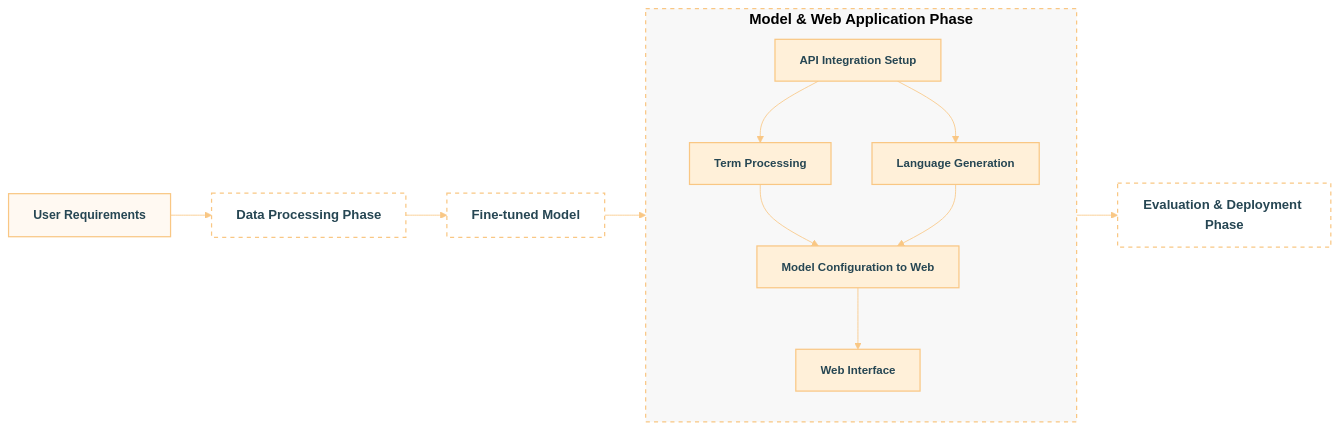
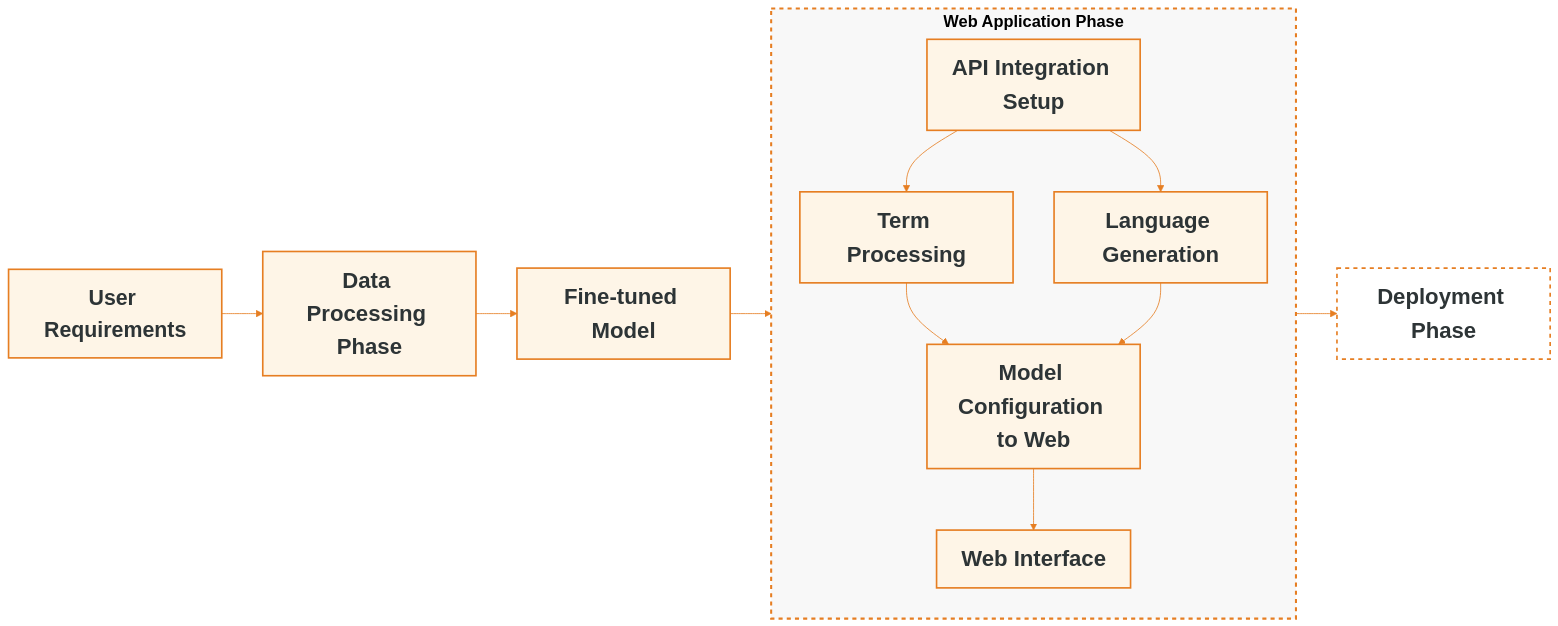
One commit to YottaCheng/MixMaster-Finetune changed the diagram in cache/flowchat/ chapter3/phase3.mmd. Above: the diagram before and after it, drawn with Mermaid. The commit also changed 1 other file, not shown here.

```diff
--- a/cache/flowchat/ chapter3/phase3.mmd
+++ b/cache/flowchat/ chapter3/phase3.mmd
@@ -1,61 +1,50 @@
 %%{init: {
-  'theme': 'base',
-  'themeVariables': {
-    'primaryColor': '#ffffff',
-    'primaryTextColor': '#264653',
-    'primaryBorderColor': '#f9c784',
-    'lineColor': '#f9c784',
-    'clusterBkg': '#f8f8f8',
-    'clusterBorder': 'transparent',
-    'fontFamily': 'Arial, Helvetica, sans-serif',
-    'flowchart': {
-      'nodeSpacing': 30,
-      'rankSpacing': 40
-    }
-  }
+ 'theme': 'base',
+ 'themeVariables': {
+ 'primaryColor': '#ffffff',
+ 'primaryTextColor': '#2d3436',
+ 'primaryBorderColor': '#e67e22',
+ 'lineColor': '#e67e22',
+ 'clusterBkg': '#f8f8f8',
+ 'clusterBorder': '#e67e22',
+ 'fontFamily': 'Arial, Helvetica, sans-serif',
+ 'flowchart': {
+ 'nodeSpacing': 40,
+ 'rankSpacing': 50
+ }
+ }
 }}%%
 flowchart LR
-    UserReq["User Requirements"] --> DataPhase["Data Processing Phase"]
-    
-    DataPhase --> ModelPhase["Fine-tuned Model"]
-    
-    ModelPhase --> WebPhase
-    
-    subgraph WebPhase["Model & Web Application Phase"]
-        direction TB
-        ApiSetup["API Integration Setup"]
-        TermProc["Term Processing"] & LangGen["Language Generation"]
-        ModelConfig["Model Configuration to Web"]
-        WebInterface["Web Interface"]
-        
-        ApiSetup --> TermProc
-        ApiSetup --> LangGen
-        TermProc --> ModelConfig
-        LangGen --> ModelConfig
-        ModelConfig --> WebInterface
-    end
-    
-    WebPhase --> DeployPhase["Evaluation & Deployment Phase"]
-    
-    %% 全局居中样式
-    classDef default fill:#ffffff,stroke:#f9c784,stroke-width:1.5px,font-size:14px,text-align:center,font-weight:bold
-    
-    %% 阶段容器样式
-    classDef dashed stroke:#f9c784,stroke-dasharray: 5 5,stroke-width:1.5px,fill:#f8f8f8,text-align:center,font-size:18px,font-weight:bold
-    classDef otherDashed stroke:#f9c784,stroke-dasharray: 5 5,stroke-width:1.5px,fill:transparent,text-align:center,font-weight:bold
-    
-    %% 节点样式
-    classDef highlight fill:#FFF0D9,stroke:#f9c784,stroke-width:1.5px,color:#264653,min-width:160px,min-height:50px,text-align:center,font-weight:bold
-    
-    %% 应用样式
-    class WebPhase dashed
-    class DataPhase,ModelPhase,DeployPhase otherDashed
-    class ApiSetup,TermProc,LangGen,ModelConfig,WebInterface highlight
-    
-    %% 特殊样式
-    classDef userReq fill:#FFF9F2,stroke:#f9c784,stroke-width:1.5px,font-size:15px,font-weight:bold,text-align:center,min-width:180px
-    class UserReq userReq
-    
-    %% 特殊样式
-    classDef phaseOnly fill:#ffffff,stroke:#f9c784,stroke-width:1.5px,font-size:16px,text-align:center,min-width:200px,font-weight:bold
-    class DataPhase,ModelPhase,DeployPhase phaseOnly
+UserReq["User Requirements"] --> DataPhase["Data Processing Phase"]
+DataPhase --> ModelPhase["Fine-tuned Model"]
+ModelPhase --> WebPhase
+subgraph WebPhase["Web Application Phase"]
+direction TB
+ApiSetup["API Integration Setup"]
+TermProc["Term Processing"] & LangGen["Language Generation"]
+ModelConfig["Model Configuration to Web"]
+WebInterface["Web Interface"]
+ApiSetup --> TermProc
+ApiSetup --> LangGen
+TermProc --> ModelConfig
+LangGen --> ModelConfig
+ModelConfig --> WebInterface
+end
+WebPhase --> DeployPhase["Deployment Phase"]
+%% 全局居中样式
+classDef default fill:#ffffff,stroke:#e67e22,stroke-width:2px,font-size:27px,text-align:center,font-weight:bold
+%% 阶段容器样式
+classDef dashed stroke:#e67e22,stroke-dasharray: 5 5,stroke-width:2.5px,fill:#f8f8f8,text-align:center,font-size:20px,font-weight:bold
+classDef otherDashed stroke:#e67e22,stroke-dasharray: 5 5,stroke-width:2px,fill:transparent,text-align:center,font-weight:bold
+%% 已完成节点样式
+classDef completed fill:#fef5e7,stroke:#e67e22,stroke-width:2px,color:#2d3436,min-width:200px,min-height:70px,text-align:center,font-weight:bold
+%% 未到达节点样式
+classDef pendingDashed stroke:#e67e22,stroke-dasharray: 5 5,stroke-width:2px,fill:transparent,min-width:200px,min-height:70px,text-align:center,font-weight:bold
+%% 应用样式
+class WebPhase dashed
+class DataPhase,ModelPhase completed
+class DeployPhase pendingDashed
+class ApiSetup,TermProc,LangGen,ModelConfig,WebInterface completed
+%% 特殊样式
+classDef userReq fill:#fef5e7,stroke:#e67e22,stroke-width:2px,font-size:26px,font-weight:bold,text-align:center,min-width:220px
+class UserReq userReq
```
